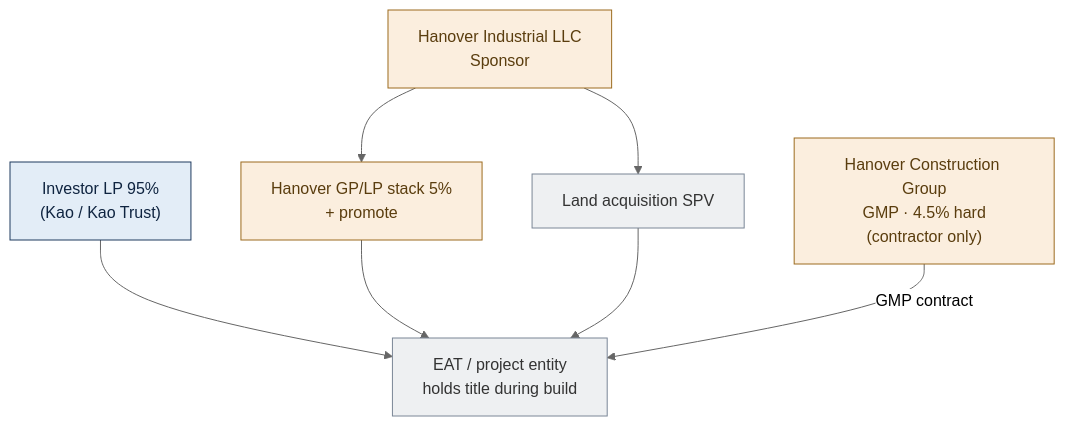
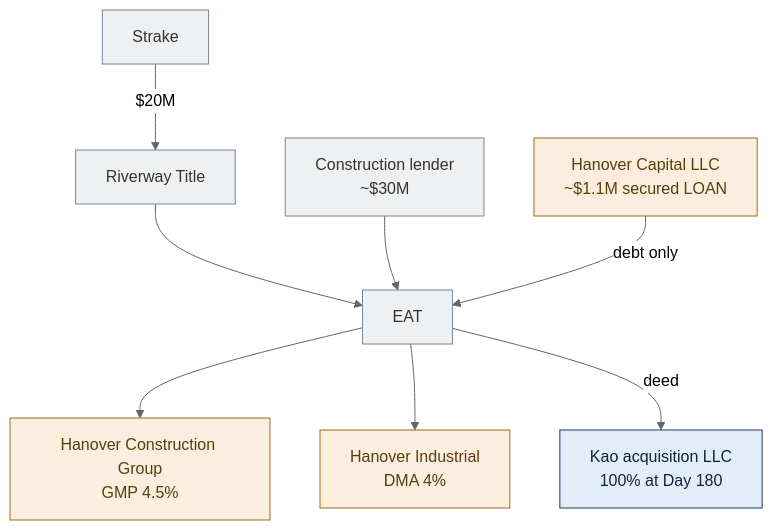
The third of 17 diagrams in North_Forsyth_1031_Diagrams.md (EthanCow/North-Forsyth-1031-Diagrams), drawn with Mermaid (neutral theme) before and after one commit. The commit also changed other lines of this file and 4 other files, not shown here.

````diff
--- a/North_Forsyth_1031_Diagrams.md
+++ b/North_Forsyth_1031_Diagrams.md
@@ -129,18 +147,20 @@
 ```mermaid
 flowchart TB
-  HIND["Hanover Industrial LLC\nSponsor"]:::han
-  LAND["Land acquisition SPV"]:::neutral
-  INV["Investor LP 95%\n(Kao / Kao Trust)"]:::kao
-  HAN5["Hanover GP/LP stack 5%\n+ promote"]:::han
-  GC["Hanover Construction Group\nGMP · 4.5% hard\n(contractor only)"]:::han
-  EATN["EAT / project entity\nholds title during build"]:::neutral
-  HIND --> LAND
-  HIND --> HAN5
-  INV --> EATN
-  HAN5 --> EATN
-  LAND --> EATN
-  GC -->|"GMP contract"| EATN
+  SK["Strake"]:::neutral
+  QI["Riverway Title"]:::neutral
+  EAT["EAT"]:::neutral
+  LN["Construction lender\n~$30M"]:::neutral
+  HLOAN["Hanover Capital LLC\n~$1.1M secured LOAN"]:::han
+  GC["Hanover Construction Group\nGMP 4.5%"]:::han
+  DEV["Hanover Industrial\nDMA 4%"]:::han
+  KLLC["Kao acquisition LLC\n100% at Day 180"]:::kao
+  SK -->|"$20M"| QI --> EAT
+  LN --> EAT
+  HLOAN -->|"debt only"| EAT
+  EAT --> GC
+  EAT --> DEV
+  EAT -->|"deed"| KLLC
   classDef kao fill:#e3edf7,stroke:#1f3a5f,color:#0f2440;
   classDef han fill:#fbeede,stroke:#9c6b1e,color:#5a3d0e;
   classDef neutral fill:#eef0f2,stroke:#7a8696,color:#333;
 ```
````
